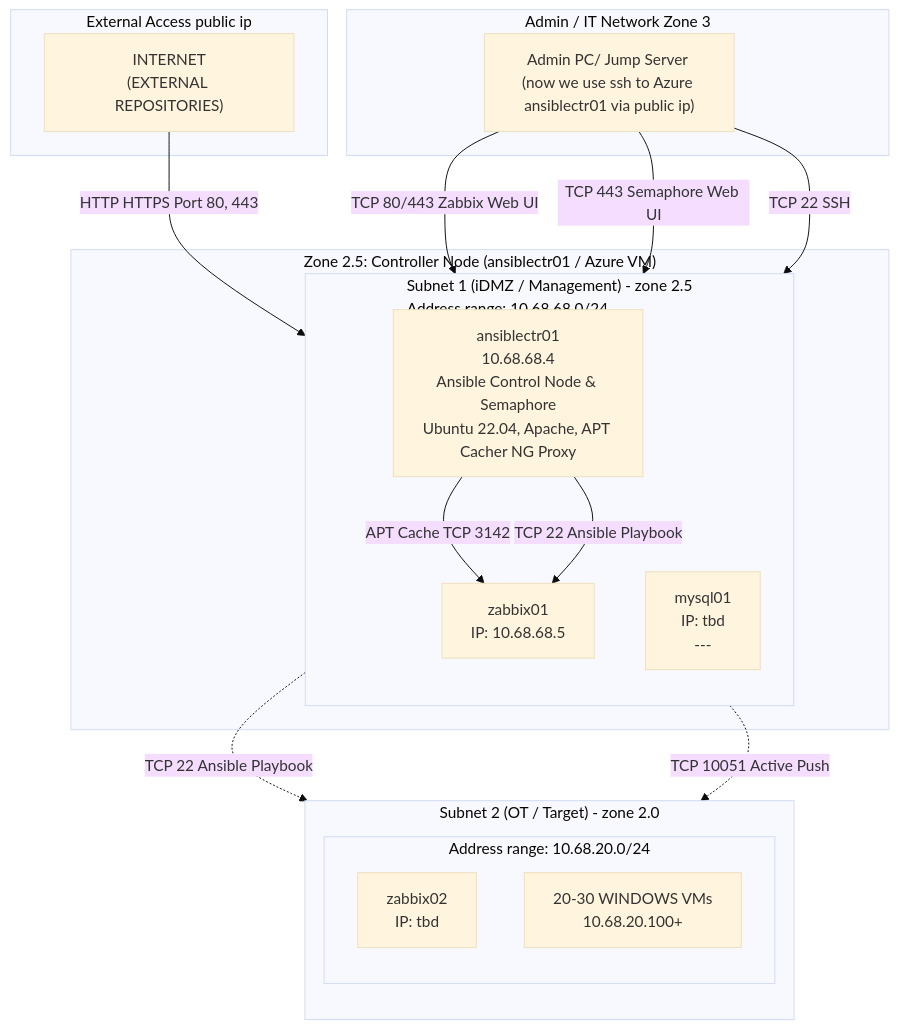
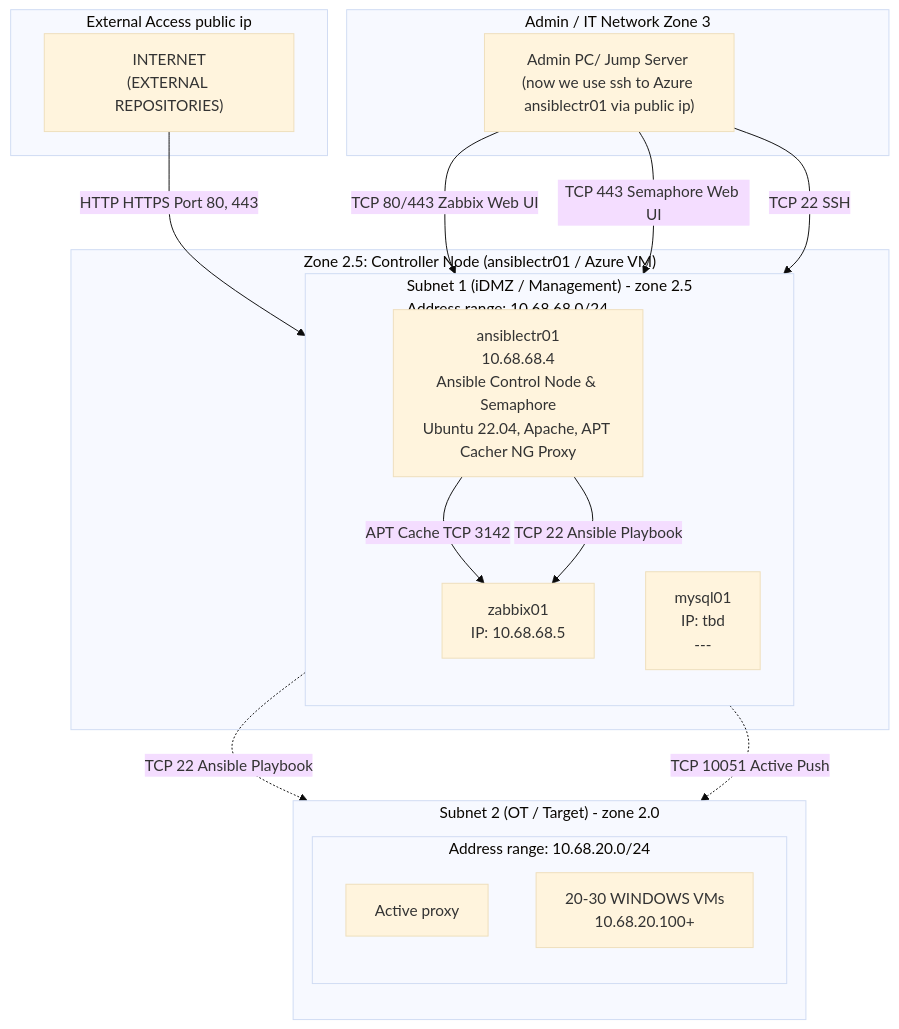
Before and after one commit to spawnmarvel/kvm-lab: the diagram in run_research_2_azure_zabbix_stack_extra_with_windows_vms/readme.md, drawn with Mermaid (base theme).

Commit message:
start ansible

````diff
--- a/run_research_2_azure_zabbix_stack_extra_with_windows_vms/readme.md
+++ b/run_research_2_azure_zabbix_stack_extra_with_windows_vms/readme.md
@@ -926,39 +926,40 @@
 ```mermaid
 graph TD
     subgraph Zone1 ["External Access public ip"]
         Internet["INTERNET<br/>(EXTERNAL REPOSITORIES)"]
     end
 
     subgraph Zone2 ["Zone 2.5: Controller Node (ansiblectr01 / Azure VM)"]
         subgraph Subnet1 ["Subnet 1 (iDMZ / Management) - zone 2.5<br/>Address range: 10.68.68.0/24"]
             direction TB
             ansiblectr01["ansiblectr01<br/>10.68.68.4<br/>Ansible Control Node & Semaphore<br/>Ubuntu 22.04, Apache, APT Cacher NG Proxy"]
             zabbix01["zabbix01<br/>IP: 10.68.68.5"]
             mysql01["mysql01<br/>IP: tbd<br/>---"]
         end
     end
 
     subgraph Zone2OT ["Subnet 2 (OT / Target) - zone 2.0"]
         direction TB
         subgraph Subnet2 ["Address range: 10.68.20.0/24"]
             zabbix02["zabbix02<br/>IP: tbd"]
+            zabbix02["Active proxy"]
             winVMs["20-30 WINDOWS VMs<br/>10.68.20.100+"]
         end
     end
 
     subgraph AdminNet ["Admin / IT Network Zone 3"]
         AdminPC["Admin PC/ Jump Server (now we use ssh to Azure ansiblectr01 via public ip)"]
     end
 
     Internet -->|HTTP HTTPS Port 80, 443| ansiblectr01
     AdminPC -->|TCP 80/443 Zabbix Web UI| zabbix01
     AdminPC -->|TCP 443 Semaphore Web UI| ansiblectr01
     AdminPC -->|TCP 22 SSH| ansiblectr01
     
     ansiblectr01 -->|APT Cache TCP 3142| zabbix01
     ansiblectr01 -->|TCP 22 Ansible Playbook| zabbix01
     
     ansiblectr01 -.->|TCP 22 Ansible Playbook| zabbix02
     zabbix01 -.->|TCP 10051 Active Push| zabbix02
 
 ```
````
